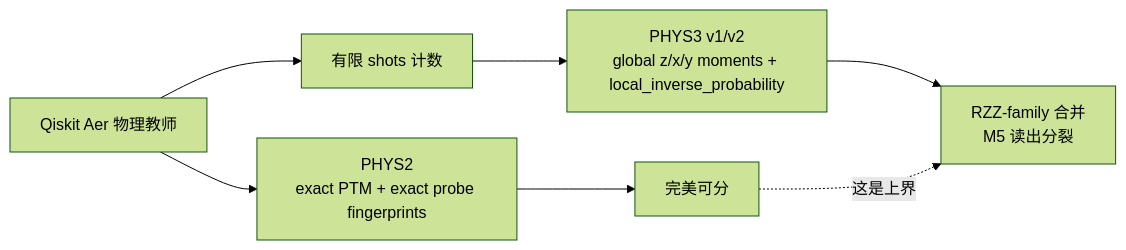
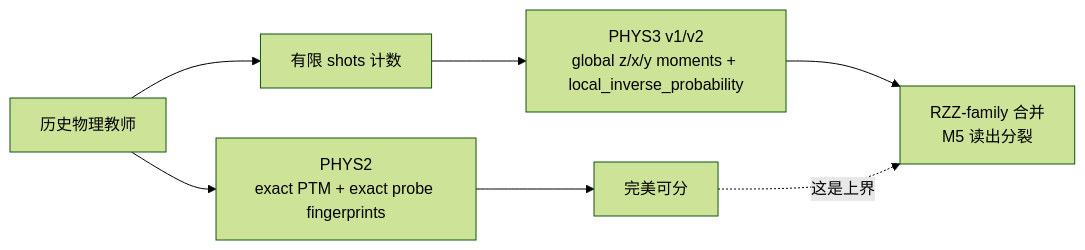
The first of 2 diagrams in docs/PHY2-PHY3_REPORT.md (cxMoonGlade/AI_QEC), drawn with Mermaid (forest theme) before and after one commit. The commit also changed other lines of this file and 41 other files, not shown here.

````diff
--- a/docs/PHY2-PHY3_REPORT.md
+++ b/docs/PHY2-PHY3_REPORT.md
@@ -32,9 +32,9 @@
 ```mermaid
 flowchart LR
-    T[Qiskit Aer 物理教师] --> P2[PHYS2<br/>exact PTM + exact probe fingerprints]
+    T[历史物理教师] --> P2[PHYS2<br/>exact PTM + exact probe fingerprints]
     T --> C[有限 shots 计数]
     C --> P3[PHYS3 v1/v2<br/>global z/x/y moments + local_inverse_probability]
     P2 --> S2[完美可分]
     P3 --> S3[RZZ-family 合并<br/>M5 读出分裂]
     S2 -. 这是上界 .-> S3
 ```
````
